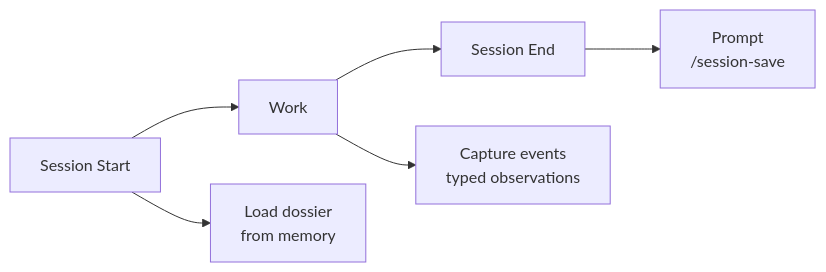
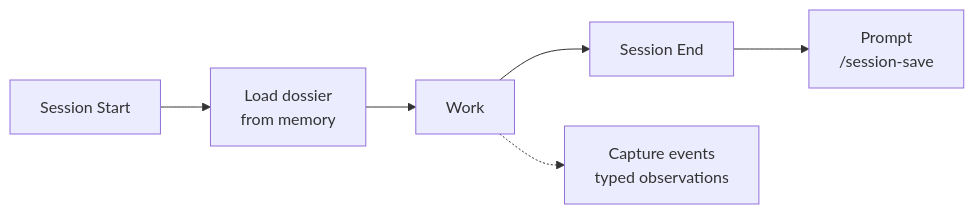
The diagram in README.md (vasilievyakov/miracle-infrastructure), drawn with Mermaid before and after one commit.

Commit message:
Fix session lifecycle diagram: sequential flow instead of parallel
Load dossier must happen before Work, not in parallel with it.
Added dashed arrow for observations (captured during work, not as a separate step).

````diff
--- a/README.md
+++ b/README.md
@@ -86,8 +86,8 @@
 ```mermaid
 graph LR
-    A[Session Start] --> B[Work]
-    B --> C[Session End]
-    A --> D[Load dossier\nfrom memory]
-    B --> E[Capture events\ntyped observations]
-    C --> F[Prompt\n/session-save]
+    A[Session Start] --> B[Load dossier\nfrom memory]
+    B --> C[Work]
+    C --> D[Session End]
+    C -.-> E[Capture events\ntyped observations]
+    D --> F[Prompt\n/session-save]
 ```
````
